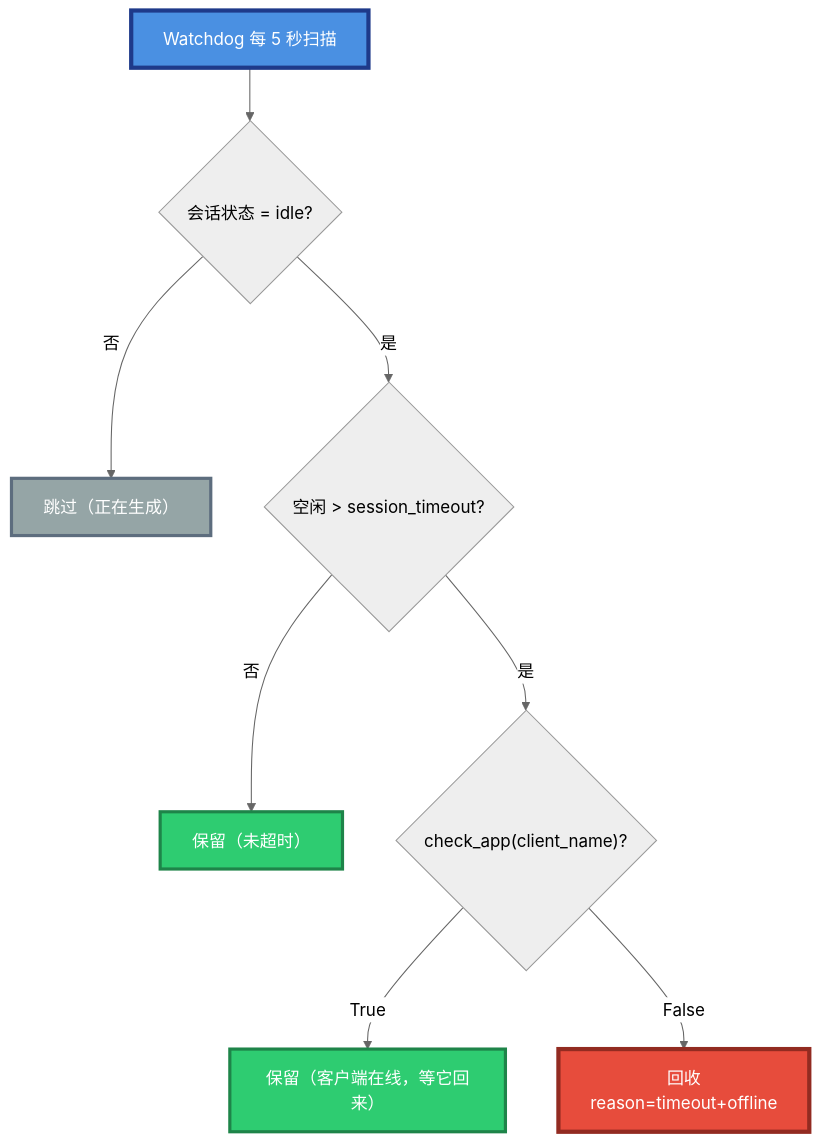
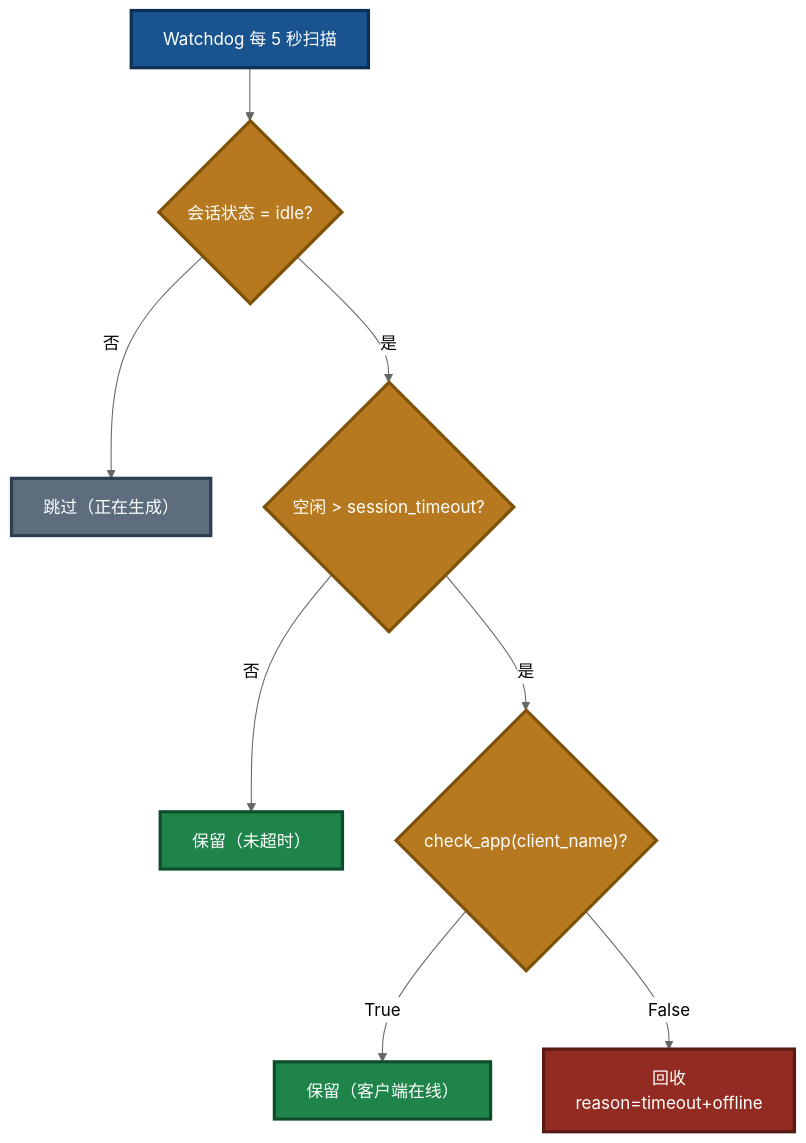
Diagram 18 of 39 in src/llm-service/LingoFuse_LLM_Service_Work_Summary.md (PassByYou888/LingoFuse-pasAgent), drawn with Mermaid (neutral theme) before and after one commit. The commit also changed other lines of this file, not shown here.

````diff
--- a/src/llm-service/LingoFuse_LLM_Service_Work_Summary.md
+++ b/src/llm-service/LingoFuse_LLM_Service_Work_Summary.md
@@ -553,16 +571,19 @@
 ```mermaid
 flowchart TD
     START["Watchdog 每 5 秒扫描"] --> C0{"会话状态 = idle?"}
     C0 -->|否| SKIP["跳过（正在生成）"]
     C0 -->|是| C1{"空闲 > session_timeout?"}
     C1 -->|否| KEEP["保留（未超时）"]
     C1 -->|是| C2{"check_app(client_name)?"}
-    C2 -->|True| KEEP2["保留（客户端在线，等它回来）"]
-    C2 -->|False| CLOSE["回收<br/>reason=timeout+offline"]
+    C2 -->|"True"| KEEP2["保留（客户端在线）"]
+    C2 -->|"False"| CLOSE["回收<br/>reason=timeout+offline"]
 
-    style START fill:#4A90E2,stroke:#1E3A8A,stroke-width:4px,color:#FFFFFF
-    style SKIP fill:#95A5A6,stroke:#5D6D7E,stroke-width:3px,color:#FFFFFF
-    style KEEP fill:#2ECC71,stroke:#1E8449,stroke-width:3px,color:#FFFFFF
-    style KEEP2 fill:#2ECC71,stroke:#1E8449,stroke-width:3px,color:#FFFFFF
-    style CLOSE fill:#E74C3C,stroke:#922B21,stroke-width:4px,color:#FFFFFF
+    style START fill:#1A5490,stroke:#0D2F52,stroke-width:3px,color:#FFFFFF
+    style C0 fill:#B7791F,stroke:#7E5109,stroke-width:3px,color:#FFFFFF
+    style C1 fill:#B7791F,stroke:#7E5109,stroke-width:3px,color:#FFFFFF
+    style C2 fill:#B7791F,stroke:#7E5109,stroke-width:3px,color:#FFFFFF
+    style SKIP fill:#5D6D7E,stroke:#2C3E50,stroke-width:3px,color:#FFFFFF
+    style KEEP fill:#1E8449,stroke:#0E4D2A,stroke-width:3px,color:#FFFFFF
+    style KEEP2 fill:#1E8449,stroke:#0E4D2A,stroke-width:3px,color:#FFFFFF
+    style CLOSE fill:#922B21,stroke:#5A1A14,stroke-width:3px,color:#FFFFFF
 ```
````
